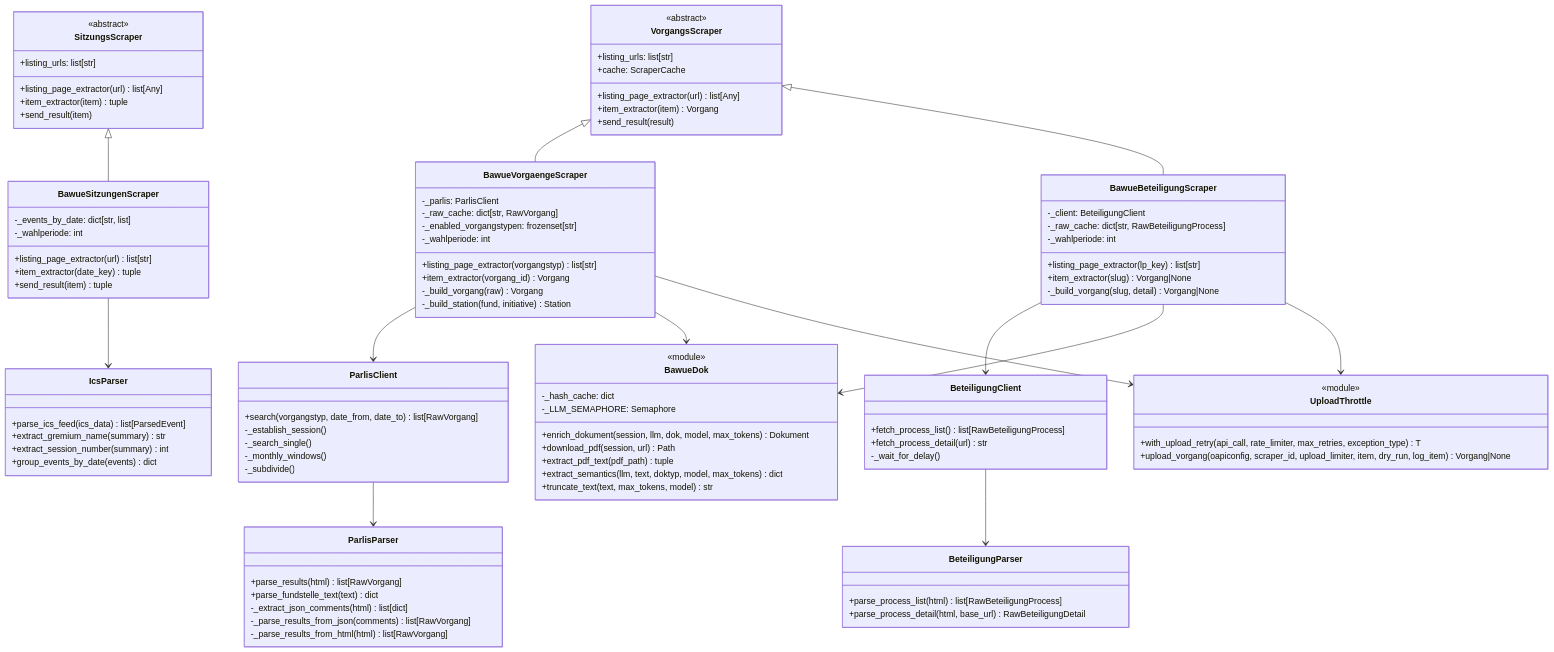
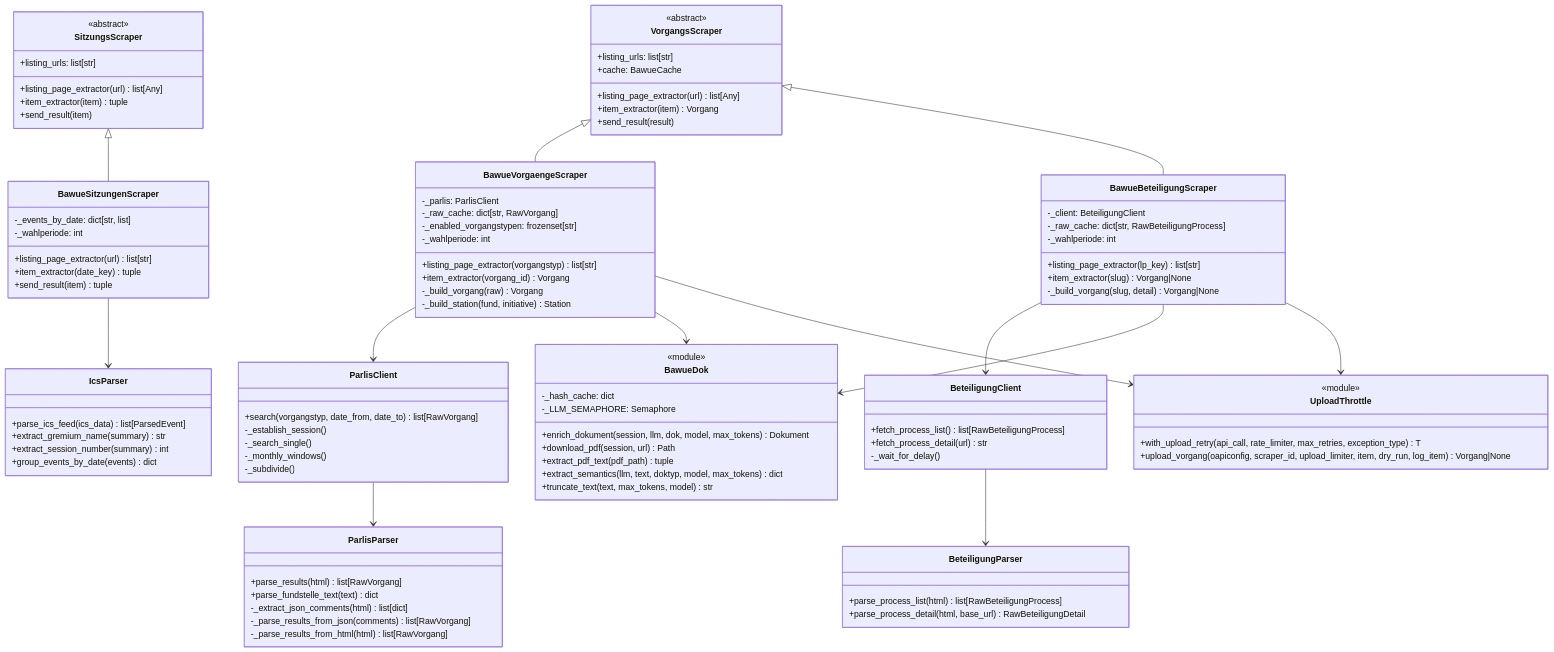
One commit to Parlamentszusammenfasser/pazufa-scraper-bw changed the third of 4 diagrams in docs/architecture.md. Above: the diagram before and after it, drawn with Mermaid. The commit also changed other lines of this file and 9 other files, not shown here.

```diff
--- a/docs/architecture.md
+++ b/docs/architecture.md
@@ -139,7 +140,7 @@
         +listing_page_extractor(url) list[Any]
         +item_extractor(item) Vorgang
         +send_result(result)
-        +cache: ScraperCache
+        +cache: BawueCache
     }
 
     class SitzungsScraper {
```
